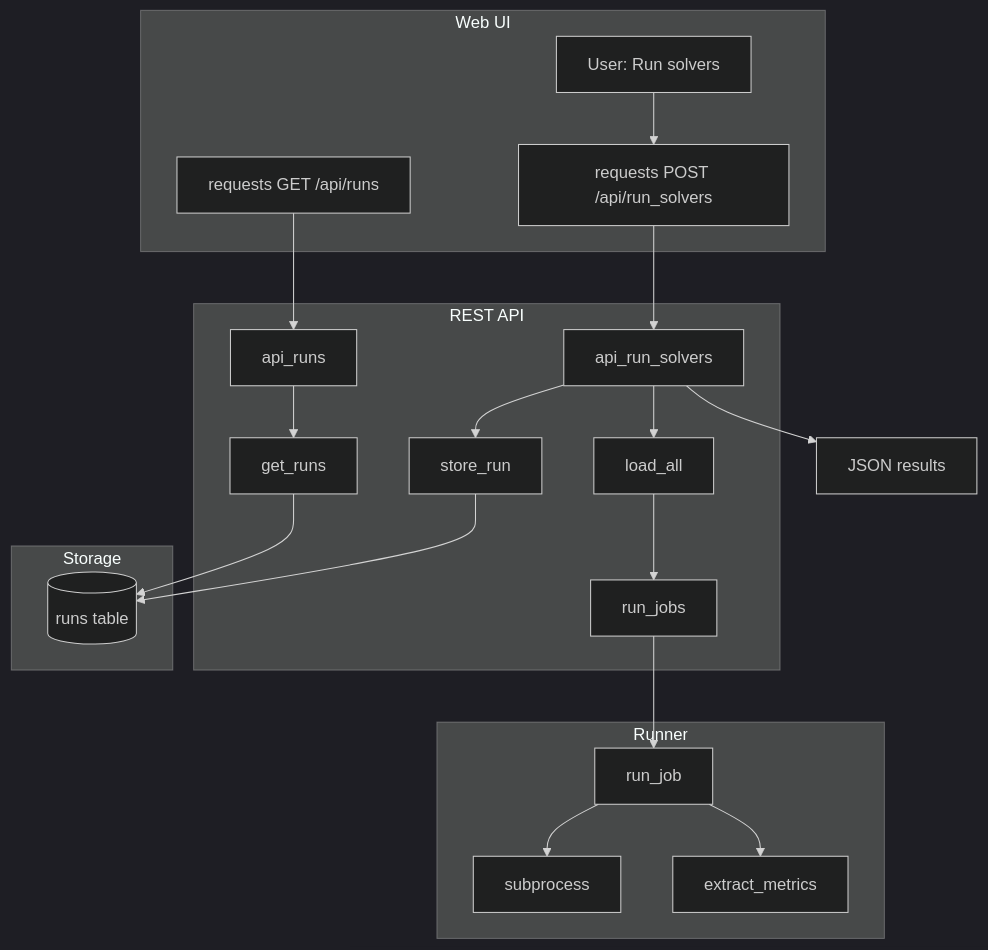
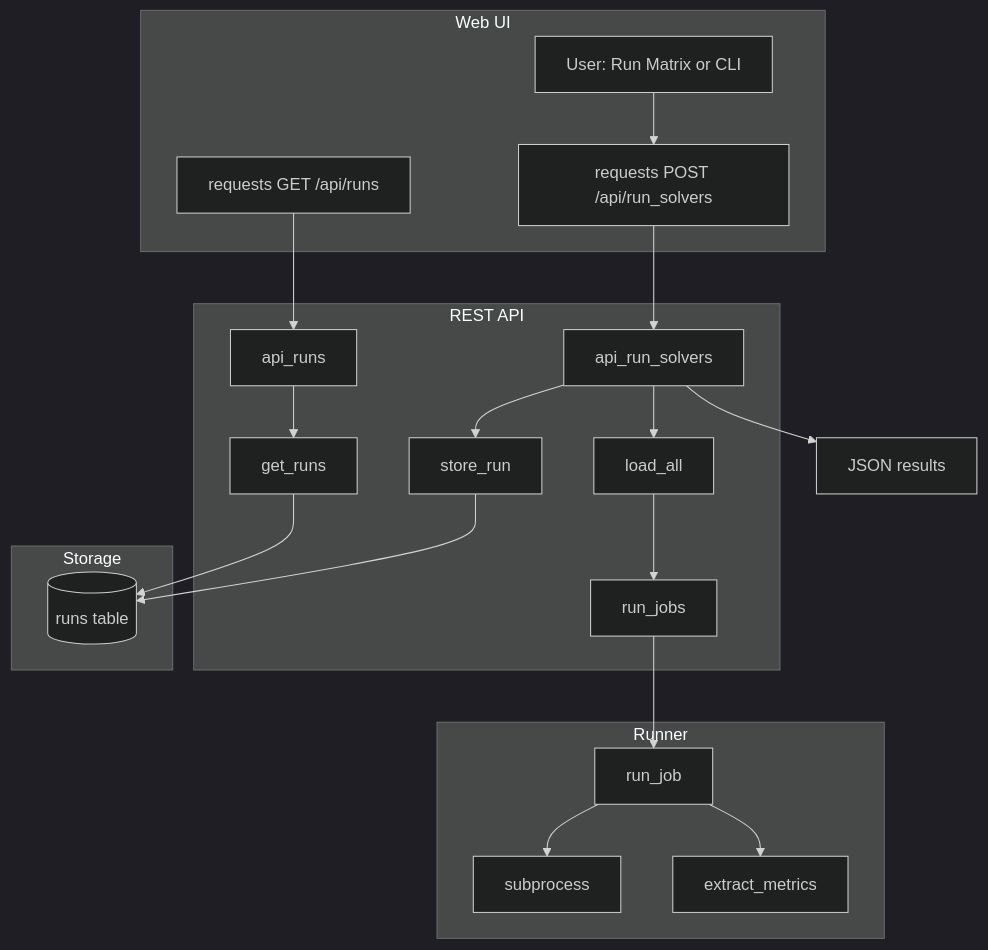
The fourth of 4 diagrams in docs/ARCHITECTURE.md (fractalclockwork/hpc-runner), drawn with Mermaid (dark theme) before and after one commit. The commit also changed other lines of this file and 4 other files, not shown here.

````diff
--- a/docs/ARCHITECTURE.md
+++ b/docs/ARCHITECTURE.md
@@ -134,37 +184,37 @@
 ```mermaid
 flowchart TB
     subgraph UI["Web UI"]
-        A[User: Run solvers]
+        A[User: Run Matrix or CLI]
         B["requests POST /api/run_solvers"]
         C["requests GET /api/runs"]
     end
     subgraph API["REST API"]
         D[api_run_solvers]
         E[load_all]
         F[run_jobs]
         G[store_run]
         H[api_runs]
         I[get_runs]
     end
     subgraph Runner["Runner"]
         J[run_job]
         K[subprocess]
         L[extract_metrics]
     end
     subgraph Storage["Storage"]
         M[(runs table)]
     end
     A --> B
     B --> D
     D --> E
     E --> F
     F --> J
     J --> K
     J --> L
     D --> G
     G --> M
     D --> R["JSON results"]
     C --> H
     H --> I
     I --> M
 ```
````
